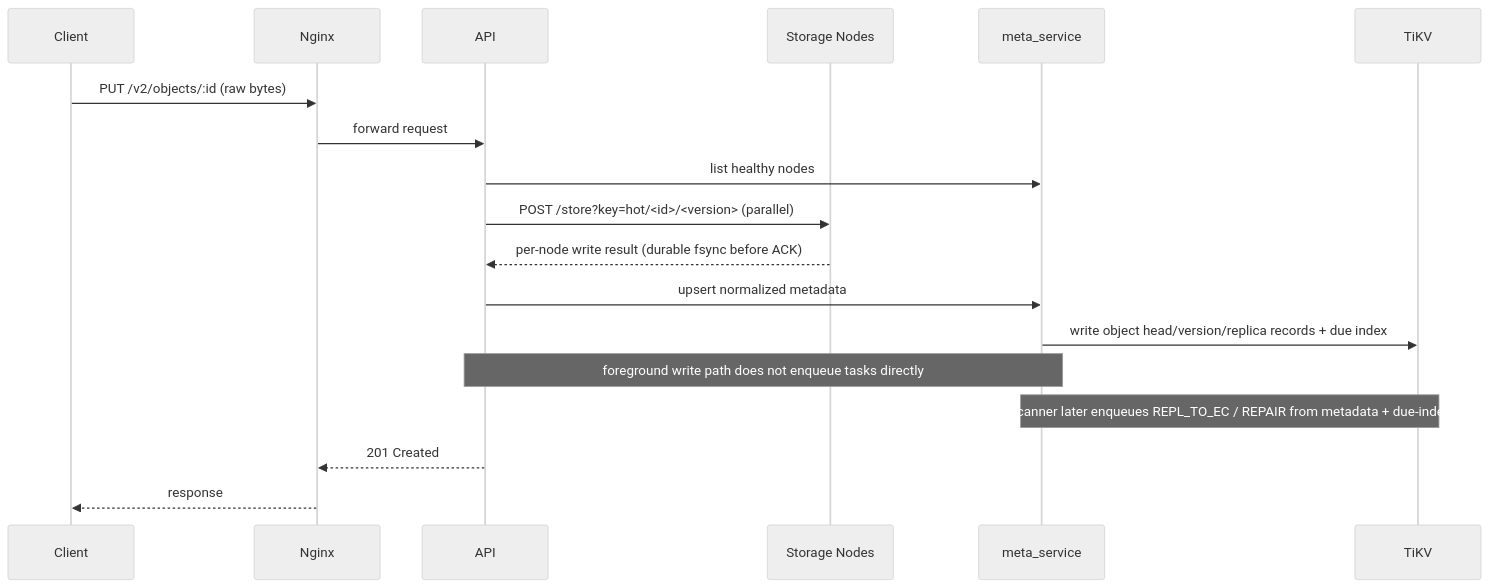
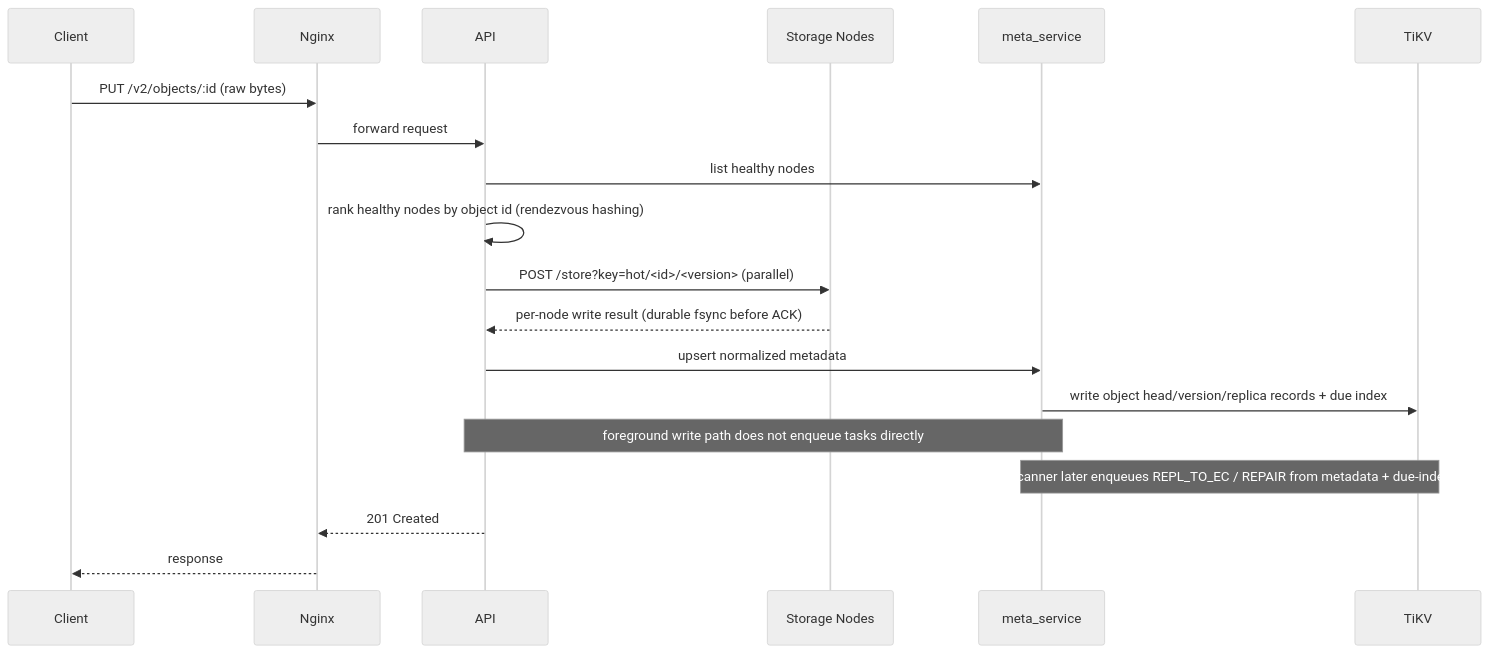
The first of 2 diagrams in docs/explanation/put-get-delete-and-task-lifecycles.md (F64116045/Load-Aware-Tiered-Distributed-Object-Storage), drawn with Mermaid (neutral theme) before and after one commit. The commit also changed other lines of this file and 1 other file, not shown here.

Commit message:
docs: explain balanced placement flow

````diff
--- a/docs/explanation/put-get-delete-and-task-lifecycles.md
+++ b/docs/explanation/put-get-delete-and-task-lifecycles.md
@@ -20,21 +20,22 @@
 ```mermaid
 sequenceDiagram
   participant C as Client
   participant N as Nginx
   participant A as API
   participant S as Storage Nodes
   participant M as meta_service
   participant T as TiKV
 
   C->>N: PUT /v2/objects/:id (raw bytes)
   N->>A: forward request
   A->>M: list healthy nodes
+  A->>A: rank healthy nodes by object id (rendezvous hashing)
   A->>S: POST /store?key=hot/<id>/<version> (parallel)
   S-->>A: per-node write result (durable fsync before ACK)
   A->>M: upsert normalized metadata
   M->>T: write object head/version/replica records + due index
   Note over A,M: foreground write path does not enqueue tasks directly
   Note over M,T: scanner later enqueues REPL_TO_EC / REPAIR from metadata + due-index
   A-->>N: 201 Created
   N-->>C: response
 ```
````
